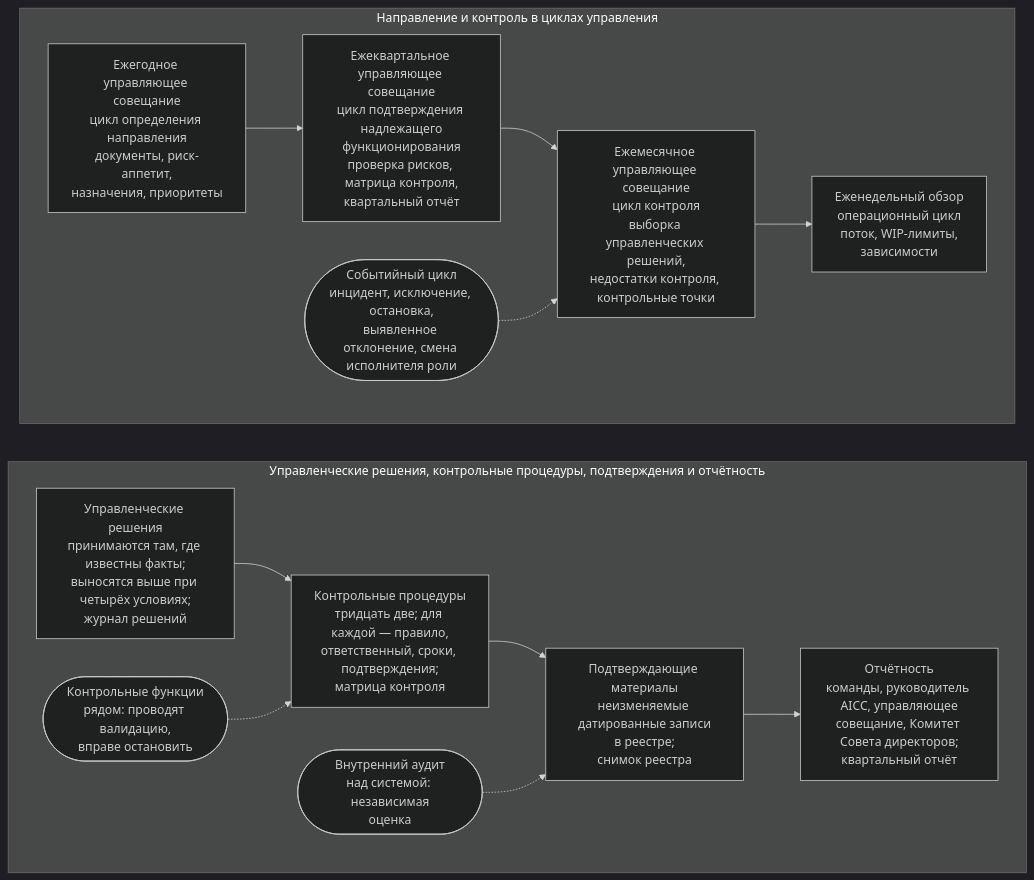
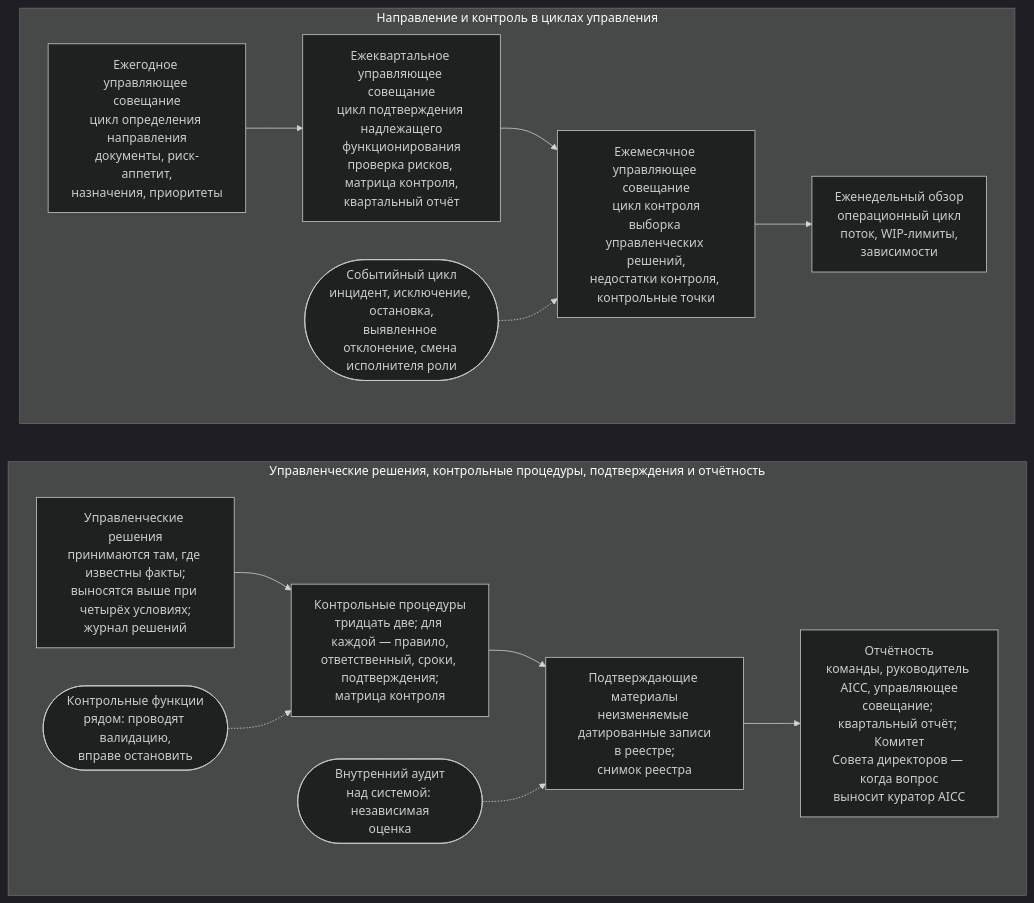
One commit to devhogu/ob-aicc changed the diagram in portal/content/ru/governance/overview.md. Above: the diagram before and after it, drawn with Mermaid (dark theme). The commit also changed other lines of this file and 150 other files, not shown here.

````diff
--- a/portal/content/ru/governance/overview.md
+++ b/portal/content/ru/governance/overview.md
@@ -15,19 +15,19 @@
 ```mermaid
 flowchart TB
   subgraph ROW1["Направление и контроль в циклах управления"]
     direction LR
     Y["Ежегодное управляющее совещание<br/>цикл определения направления<br/>документы, риск-аппетит,<br/>назначения, приоритеты"] --> Q["Ежеквартальное управляющее совещание<br/>цикл подтверждения надлежащего<br/>функционирования<br/>проверка рисков, матрица контроля,<br/>квартальный отчёт"]
     Q --> M["Ежемесячное управляющее совещание<br/>цикл контроля<br/>выборка управленческих решений,<br/>недостатки контроля, контрольные точки"]
     M --> W["Еженедельный обзор<br/>операционный цикл<br/>поток, WIP-лимиты,<br/>зависимости"]
     E(["Событийный цикл<br/>инцидент, исключение, остановка,<br/>выявленное отклонение, смена исполнителя роли"]) -.-> M
   end
   subgraph ROW2["Управленческие решения, контрольные процедуры, подтверждения и отчётность"]
     direction LR
     D["Управленческие решения<br/>принимаются там, где известны факты;<br/>выносятся выше при четырёх условиях;<br/>журнал решений"] --> C["Контрольные процедуры<br/>тридцать две; для каждой — правило,<br/>ответственный, сроки, подтверждения;<br/>матрица контроля"]
     C --> R["Подтверждающие материалы<br/>неизменяемые датированные записи<br/>в реестре;<br/>снимок реестра"]
-    R --> B["Отчётность<br/>команды, руководитель AICC, управляющее<br/>совещание, Комитет Совета директоров;<br/>квартальный отчёт"]
+    R --> B["Отчётность<br/>команды, руководитель AICC, управляющее<br/>совещание; квартальный отчёт; Комитет<br/>Совета директоров — когда вопрос<br/>выносит куратор AICC"]
     CF(["Контрольные функции<br/>рядом: проводят валидацию,<br/>вправе остановить"]) -.-> C
     IA(["Внутренний аудит<br/>над системой: независимая<br/>оценка"]) -.-> R
   end
   ROW1 ~~~ ROW2
 ```
````
